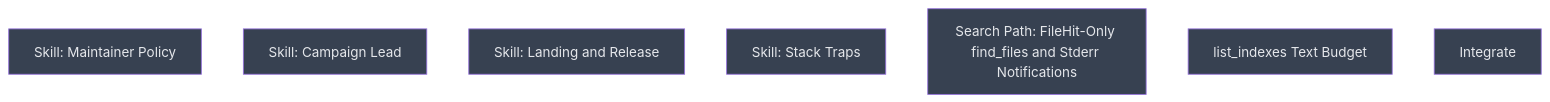
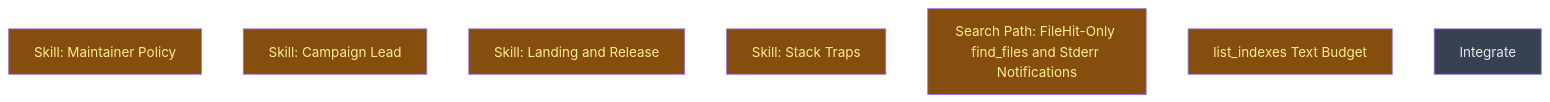
One commit to CrackingShells/colgrep-mcp changed the diagram in __roadmap__/dev_plugin/README.md. Above: the diagram before and after it, drawn with Mermaid. The commit also changed other lines of this file, not shown here.

Commit message:
docs(roadmap): mark the six depth-0 dev_plugin leaves in progress
Dispatched at 18:37 CEST to six Sonnet implementers in hand-made worktrees;
hard stop 19:35.

````diff
--- a/__roadmap__/dev_plugin/README.md
+++ b/__roadmap__/dev_plugin/README.md
@@ -33,15 +33,15 @@
 ```mermaid
 graph TD
-    skill_policy[Skill: Maintainer Policy]:::planned
-    skill_campaign_lead[Skill: Campaign Lead]:::planned
-    skill_landing_release[Skill: Landing and Release]:::planned
-    skill_stack_traps[Skill: Stack Traps]:::planned
-    search_path[Search Path: FileHit-Only find_files and Stderr Notifications]:::planned
-    list_indexes_budget[list_indexes Text Budget]:::planned
+    skill_policy[Skill: Maintainer Policy]:::inprogress
+    skill_campaign_lead[Skill: Campaign Lead]:::inprogress
+    skill_landing_release[Skill: Landing and Release]:::inprogress
+    skill_stack_traps[Skill: Stack Traps]:::inprogress
+    search_path[Search Path: FileHit-Only find_files and Stderr Notifications]:::inprogress
+    list_indexes_budget[list_indexes Text Budget]:::inprogress
     integrate[Integrate]:::planned
     classDef done       fill:#166534,color:#bbf7d0
     classDef inprogress fill:#854d0e,color:#fef08a
     classDef planned    fill:#374151,color:#e5e7eb
     classDef amendment  fill:#1e3a5f,color:#bfdbfe
     classDef blocked    fill:#7f1d1d,color:#fecaca
 ```
````
